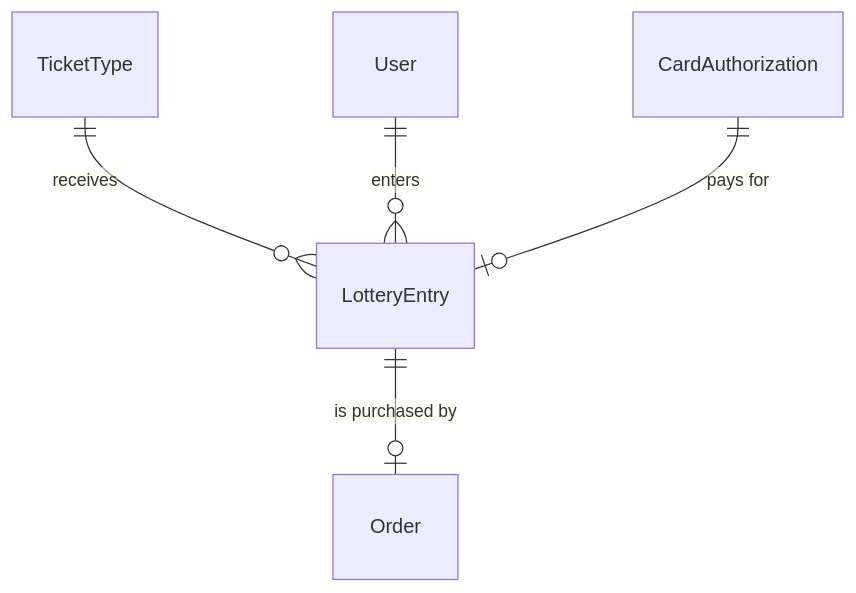
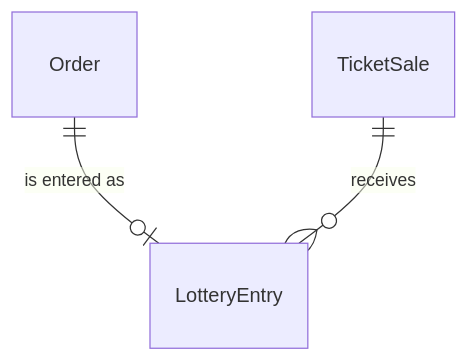
The first of 2 diagrams in openspec/specs/components/entity/lottery-entry/spec.md (liverty-music/specification), drawn with Mermaid before and after one commit. The commit also changed other lines of this file and 18 other files, not shown here.

````diff
--- a/openspec/specs/components/entity/lottery-entry/spec.md
+++ b/openspec/specs/components/entity/lottery-entry/spec.md
@@ -17,7 +16,5 @@
 ```mermaid
 erDiagram
-  TicketType ||--o{ LotteryEntry : "receives"
-  User ||--o{ LotteryEntry : "enters"
-  CardAuthorization ||--o| LotteryEntry : "pays for"
-  LotteryEntry ||--o| Order : "is purchased by"
+  Order ||--o| LotteryEntry : "is entered as"
+  TicketSale ||--o{ LotteryEntry : "receives"
 ```
````
